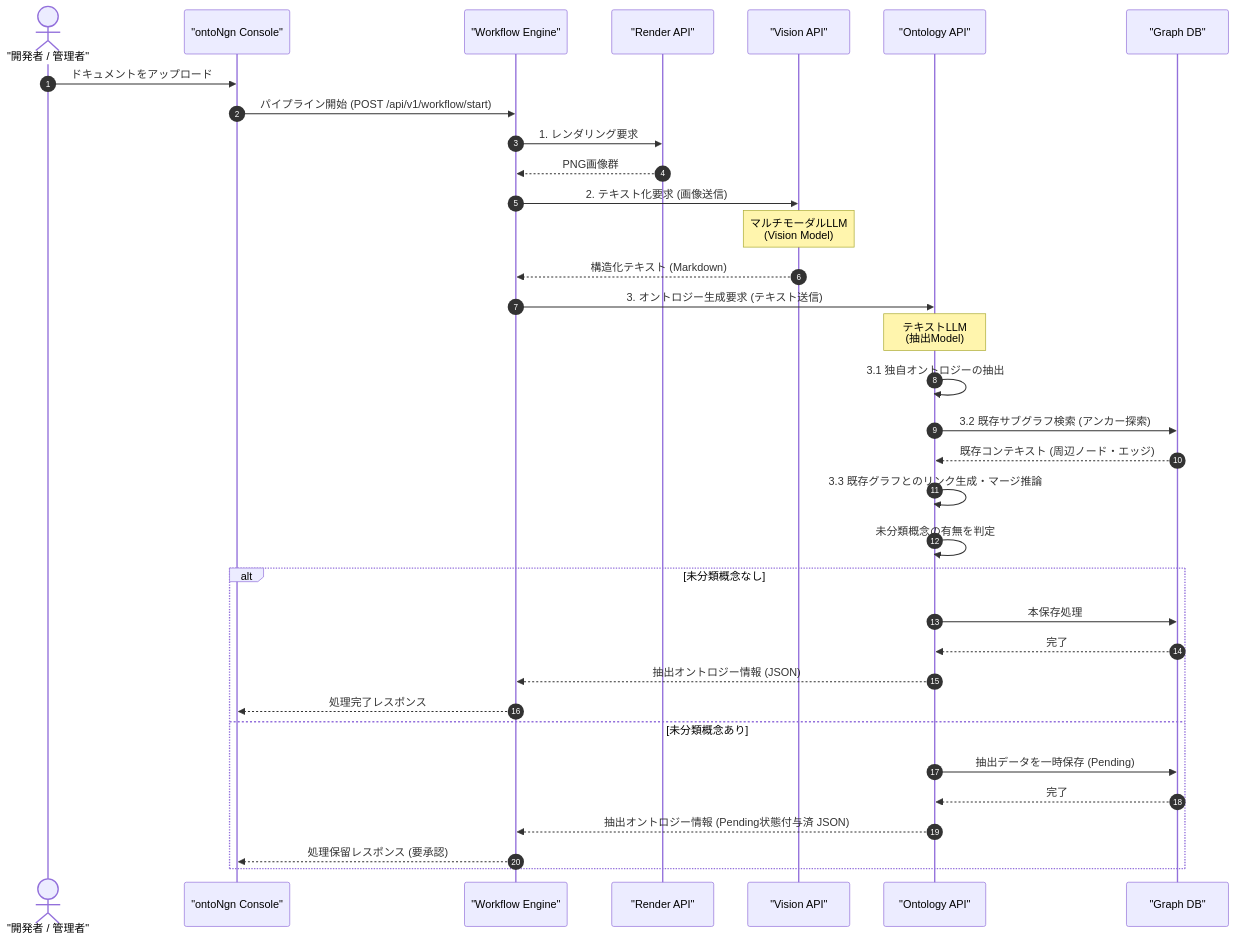
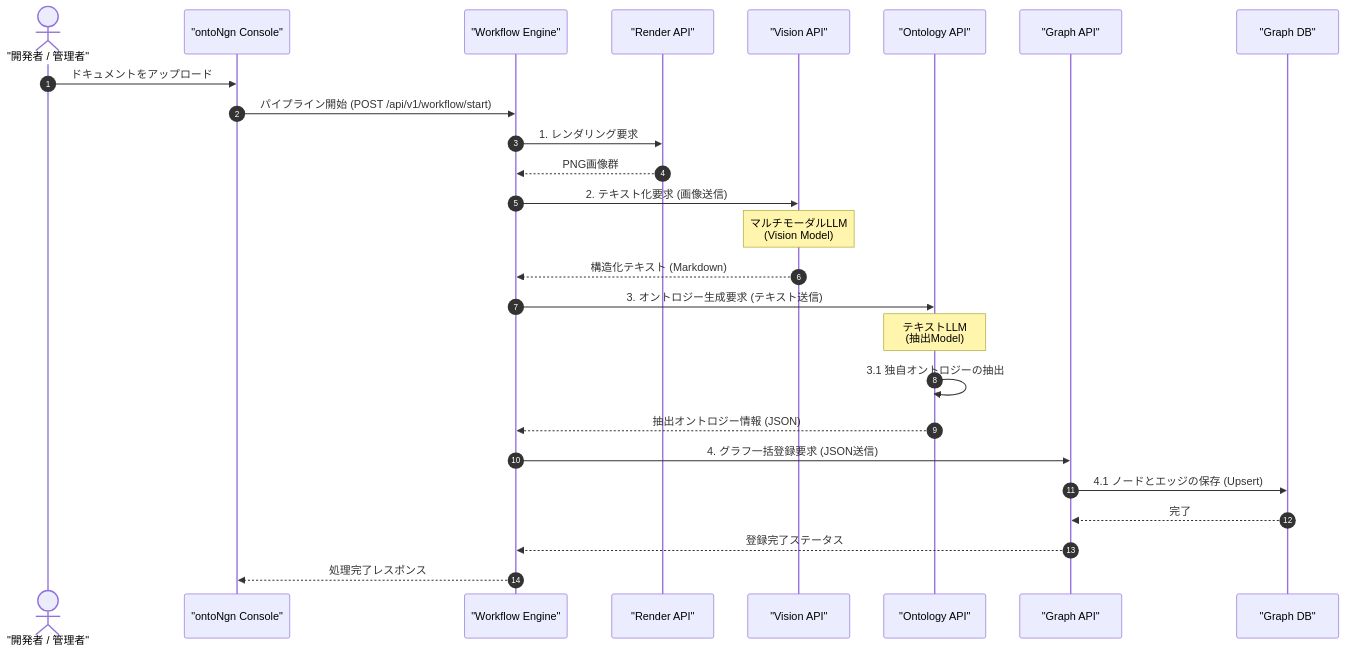
One commit to hiroooo000/ontoNgn changed the fourth of 4 diagrams in docs/02_system_design.md. Above: the diagram before and after it, drawn with Mermaid. The commit also changed other lines of this file and 1 other file, not shown here.

Commit message:
docs: separate Ontology Generation API from DB save logic

````diff
--- a/docs/02_system_design.md
+++ b/docs/02_system_design.md
@@ -240,40 +246,33 @@
 ```mermaid
 sequenceDiagram
     autonumber
     actor Admin as "開発者 / 管理者"
     participant UI as "ontoNgn Console"
     participant WF as "Workflow Engine"
     participant Render as "Render API"
     participant Vision as "Vision API"
     participant Ont as "Ontology API"
+    participant Graph as "Graph API"
     participant DB as "Graph DB"
 
     Admin ->> UI: ドキュメントをアップロード
     UI ->> WF: パイプライン開始 (POST /api/v1/workflow/start)
     WF ->> Render: 1. レンダリング要求
     Render -->> WF: PNG画像群
     
     WF ->> Vision: 2. テキスト化要求 (画像送信)
     Note over Vision: マルチモーダルLLM<br/>(Vision Model)
     Vision -->> WF: 構造化テキスト (Markdown)
     
     WF ->> Ont: 3. オントロジー生成要求 (テキスト送信)
     Note over Ont: テキストLLM<br/>(抽出Model)
     Ont ->> Ont: 3.1 独自オントロジーの抽出
-    Ont ->> DB: 3.2 既存サブグラフ検索 (アンカー探索)
-    DB -->> Ont: 既存コンテキスト (周辺ノード・エッジ)
-    Ont ->> Ont: 3.3 既存グラフとのリンク生成・マージ推論
-    Ont ->> Ont: 未分類概念の有無を判定
+    Ont -->> WF: 抽出オントロジー情報 (JSON)
     
-    alt 未分類概念なし
-        Ont ->> DB: 本保存処理
-        DB -->> Ont: 完了
-        Ont -->> WF: 抽出オントロジー情報 (JSON)
-        WF -->> UI: 処理完了レスポンス
-    else 未分類概念あり
-        Ont ->> DB: 抽出データを一時保存 (Pending)
-        DB -->> Ont: 完了
-        Ont -->> WF: 抽出オントロジー情報 (Pending状態付与済 JSON)
-        WF -->> UI: 処理保留レスポンス (要承認)
-    end
+    WF ->> Graph: 4. グラフ一括登録要求 (JSON送信)
+    Graph ->> DB: 4.1 ノードとエッジの保存 (Upsert)
+    DB -->> Graph: 完了
+    Graph -->> WF: 登録完了ステータス
+    WF -->> UI: 処理完了レスポンス
+
 ```
````
